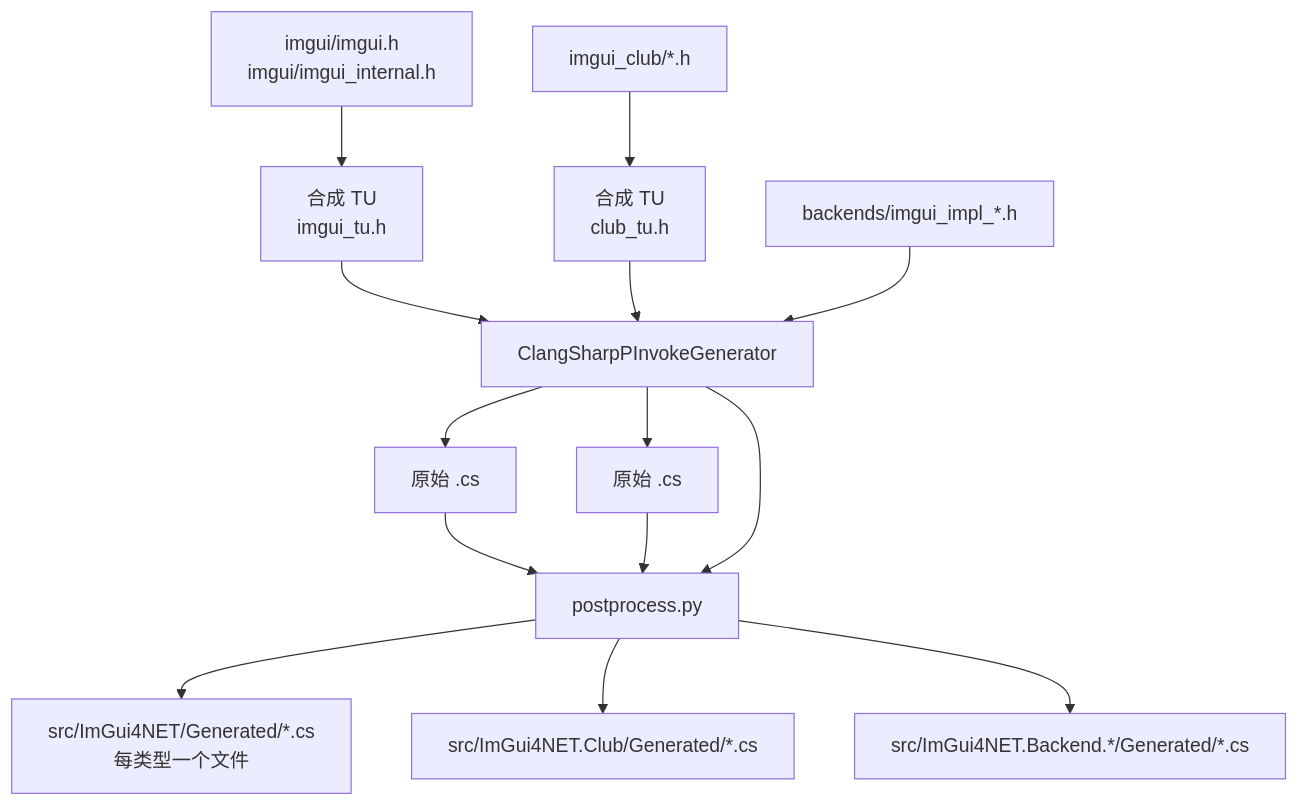
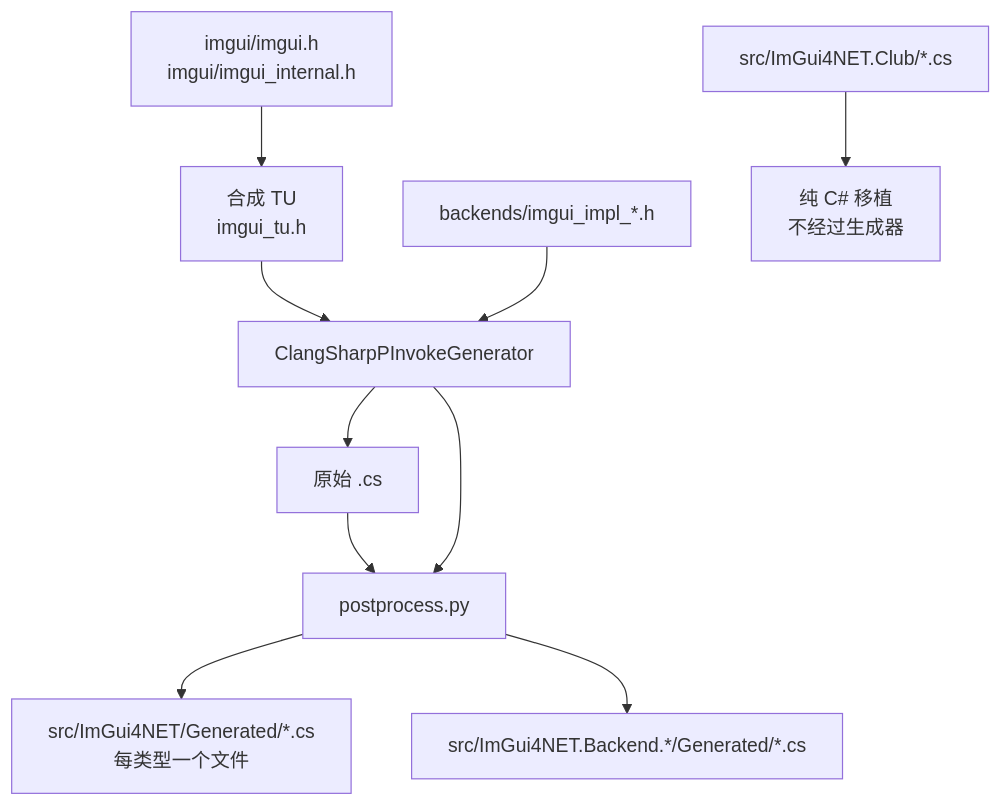
Before and after one commit to StArraySharp/ImGui4NET: the diagram in docs/build.zh-CN.md, drawn with Mermaid. The commit also changed other lines of this file and 87 other files, not shown here.

First line of the commit message:
feat: macOS cross-build, Metal 4 backend, pure C# imgui_club port

````diff
--- a/docs/build.zh-CN.md
+++ b/docs/build.zh-CN.md
@@ -117,18 +125,14 @@
 ```mermaid
 graph TD
     A["imgui/imgui.h<br/>imgui/imgui_internal.h"] --> B["合成 TU<br/>imgui_tu.h"]
     B --> C["ClangSharpPInvokeGenerator"]
     C --> D["原始 .cs"]
     D --> E["postprocess.py"]
     E --> F["src/ImGui4NET/Generated/*.cs<br/>每类型一个文件"]
 
-    G["imgui_club/*.h"] --> H["合成 TU<br/>club_tu.h"]
-    H --> C
-    C --> I["原始 .cs"]
-    I --> E
-    E --> J["src/ImGui4NET.Club/Generated/*.cs"]
-
     K["backends/imgui_impl_*.h"] --> C
     C --> E
     E --> L["src/ImGui4NET.Backend.*/Generated/*.cs"]
+
+    M["src/ImGui4NET.Club/*.cs"] --> N["纯 C# 移植<br/>不经过生成器"]
 ```
````
